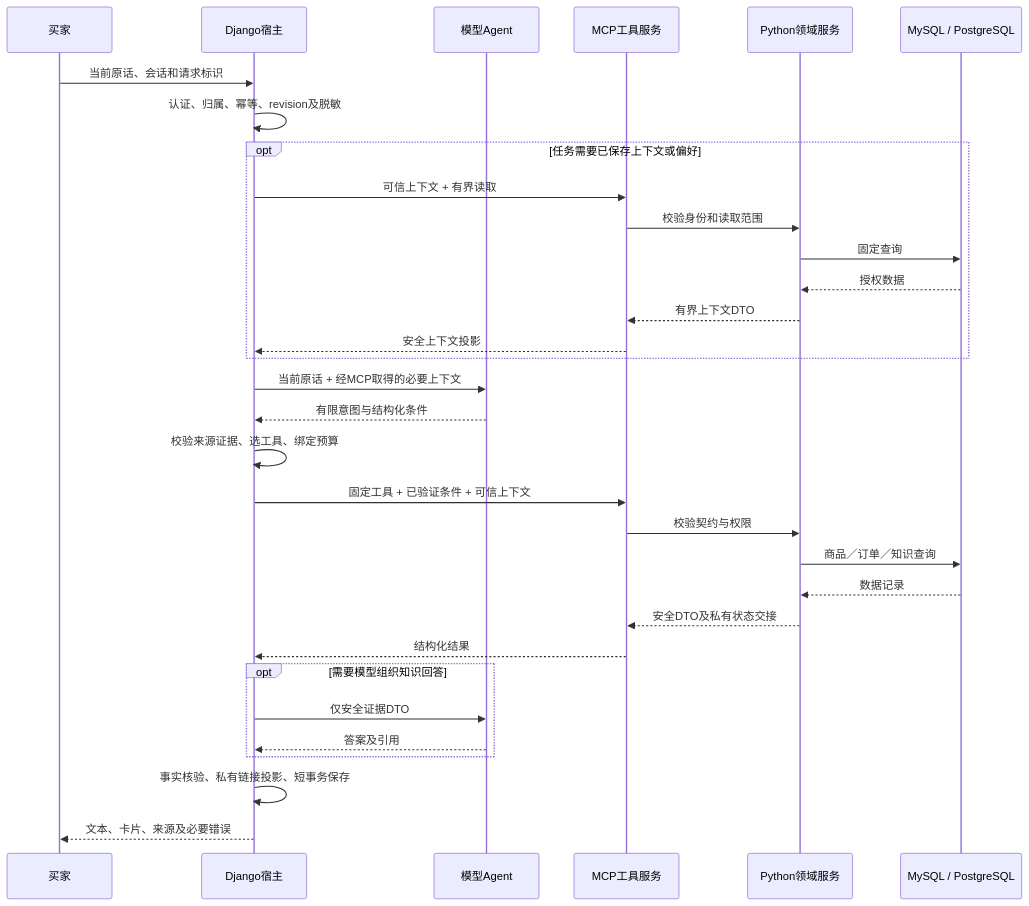
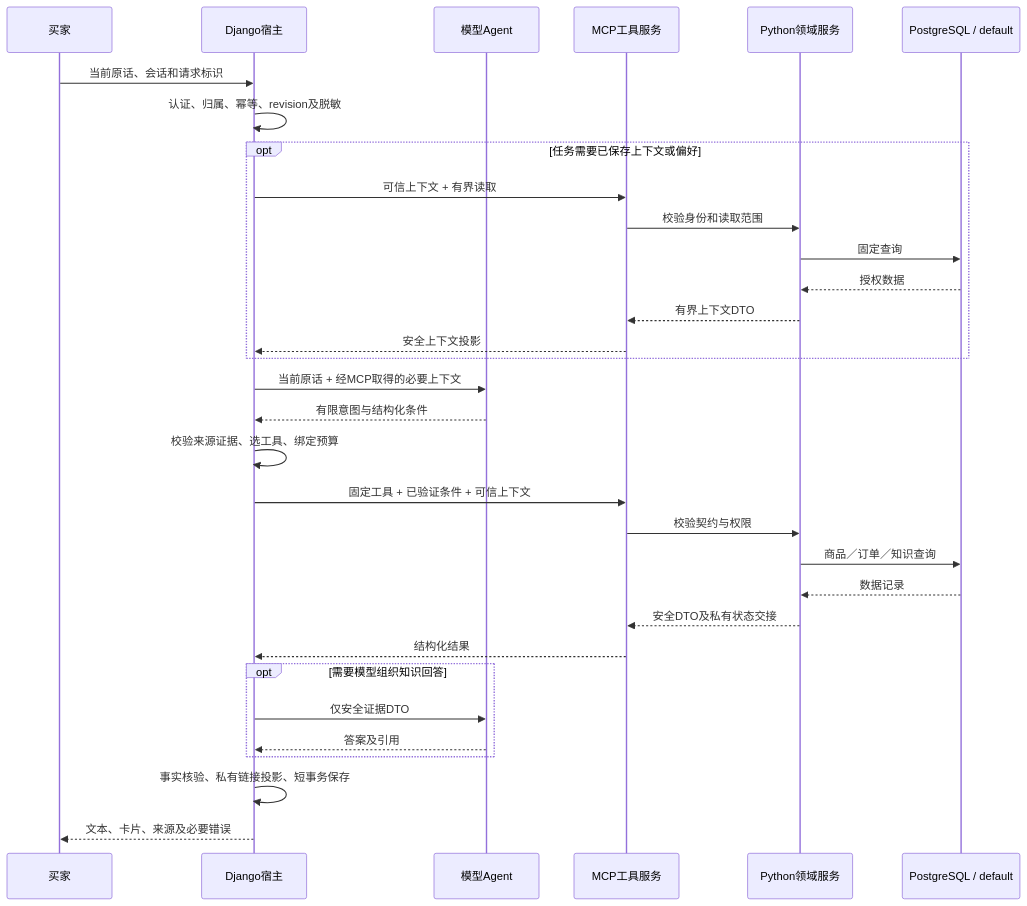
Before and after one commit to dengbofu-git/shop: the diagram in docs/sdd/architecture/agent-data-access.md, drawn with Mermaid. The commit also changed 177 other files, not shown here.

Commit message:
feat(core): 完成 PostgreSQL 独立运行与跨店合并付款

````diff
--- a/docs/sdd/architecture/agent-data-access.md
+++ b/docs/sdd/architecture/agent-data-access.md
@@ -68,34 +68,34 @@
 ```mermaid
 sequenceDiagram
     participant U as 买家
     participant H as Django宿主
     participant A as 模型Agent
     participant M as MCP工具服务
     participant S as Python领域服务
-    participant D as MySQL / PostgreSQL
+    participant D as PostgreSQL / default
     U->>H: 当前原话、会话和请求标识
     H->>H: 认证、归属、幂等、revision及脱敏
     opt 任务需要已保存上下文或偏好
         H->>M: 可信上下文 + 有界读取
         M->>S: 校验身份和读取范围
         S->>D: 固定查询
         D-->>S: 授权数据
         S-->>M: 有界上下文DTO
         M-->>H: 安全上下文投影
     end
     H->>A: 当前原话 + 经MCP取得的必要上下文
     A-->>H: 有限意图与结构化条件
     H->>H: 校验来源证据、选工具、绑定预算
     H->>M: 固定工具 + 已验证条件 + 可信上下文
     M->>S: 校验契约与权限
     S->>D: 商品／订单／知识查询
     D-->>S: 数据记录
     S-->>M: 安全DTO及私有状态交接
     M-->>H: 结构化结果
     opt 需要模型组织知识回答
         H->>A: 仅安全证据DTO
         A-->>H: 答案及引用
     end
     H->>H: 事实核验、私有链接投影、短事务保存
     H-->>U: 文本、卡片、来源及必要错误
 ```
````
